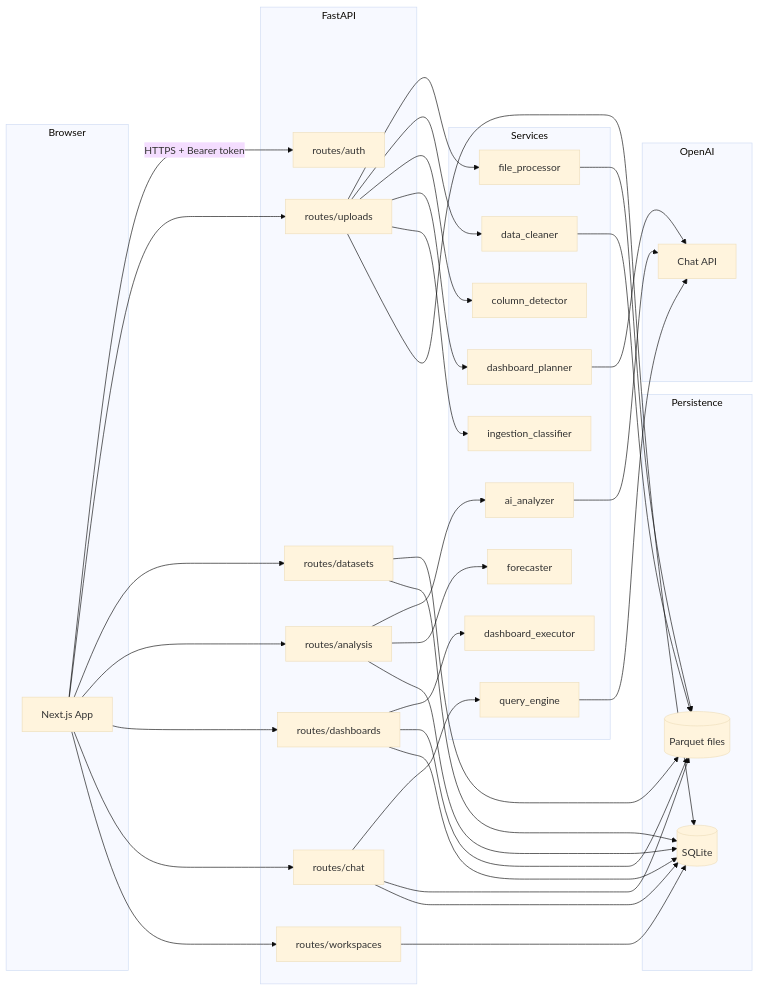
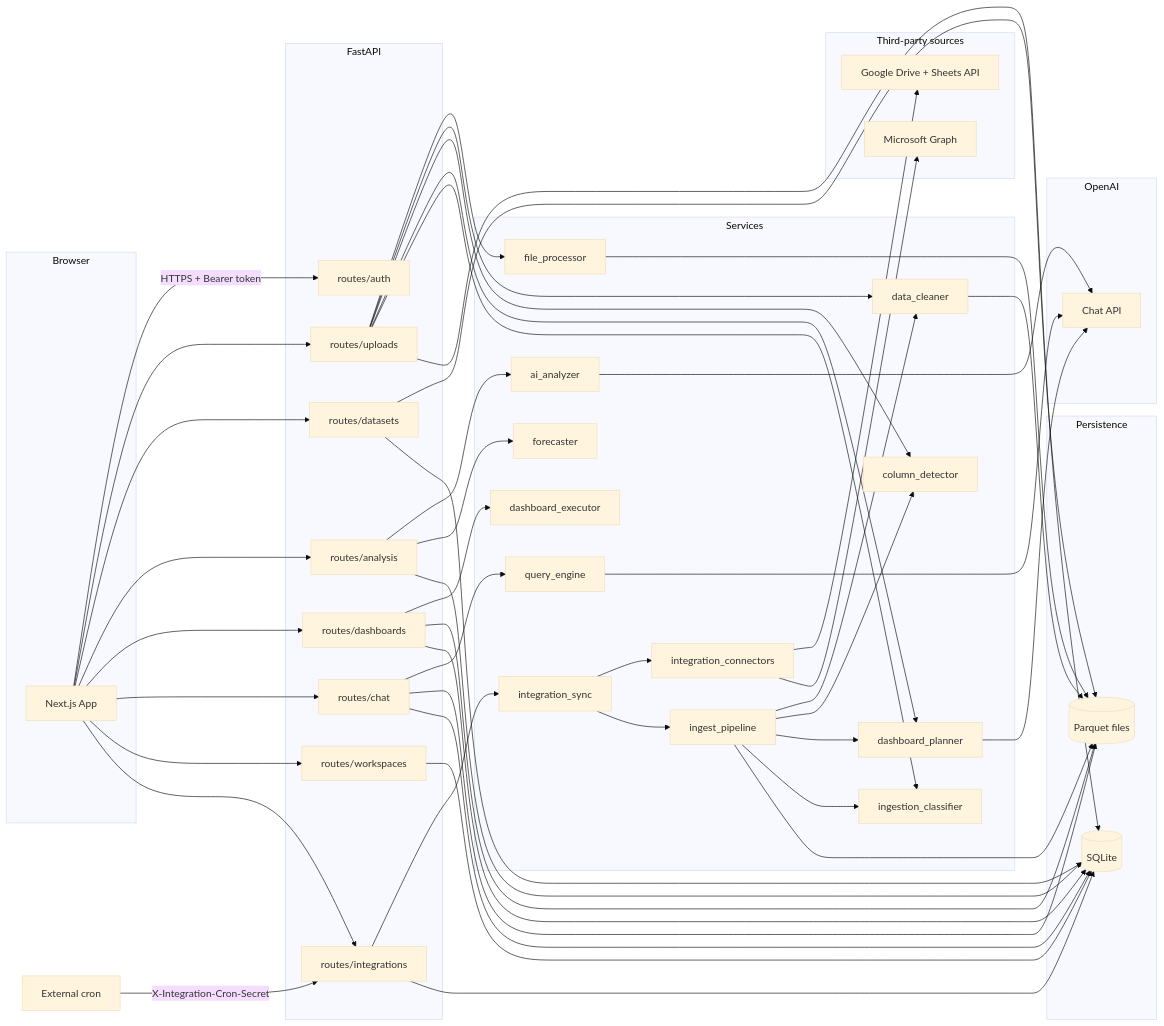
The diagram in docs/ARCHITECTURE.md (akshayBhardwaj23/urban-tribble), drawn with Mermaid (base theme) before and after one commit. The commit also changed other lines of this file and 1 other file, not shown here.

First line of the commit message:
Enhance README and architecture documentation for live data integrations

````diff
--- a/docs/ARCHITECTURE.md
+++ b/docs/ARCHITECTURE.md
@@ -30,46 +31,59 @@
 ```mermaid
 flowchart LR
   subgraph client [Browser]
     Next[Next.js App]
   end
   subgraph api [FastAPI]
     RU[routes/uploads]
     RD[routes/datasets]
     RA[routes/analysis]
     RDb[routes/dashboards]
     RC[routes/chat]
     RW[routes/workspaces]
     RAuth[routes/auth]
+    RI[routes/integrations]
   end
   subgraph services [Services]
     FP[file_processor]
     DC[data_cleaner]
     CD[column_detector]
     DP[dashboard_planner]
     IC[ingestion_classifier]
     AA[ai_analyzer]
     QE[query_engine]
     FC[forecaster]
     DE[dashboard_executor]
+    IP[ingest_pipeline]
+    IS[integration_sync]
+    ICon[integration_connectors]
   end
   subgraph persist [Persistence]
     SQL[(SQLite)]
     FS[(Parquet files)]
   end
   subgraph ai [OpenAI]
     GPT[Chat API]
   end
+  subgraph providers [Third-party sources]
+    GD[Google Drive + Sheets API]
+    MG[Microsoft Graph]
+  end
 
   Next -->|HTTPS + Bearer token| RAuth
-  Next --> RU & RD & RA & RDb & RC & RW
+  Next --> RU & RD & RA & RDb & RC & RW & RI
+  Cron[External cron] -->|X-Integration-Cron-Secret| RI
   RU --> FP & DC & CD & DP & IC
   RD --> FS
   RA --> AA & FC
   RDb --> DE & FS
   RC --> QE & FS
+  RI --> IS
+  IS --> ICon & IP
+  IP --> DC & CD & DP & IC
+  ICon --> GD & MG
   AA --> GPT
   QE --> GPT
   DP --> GPT
-  RU & RD & RA & RDb & RC & RW --> SQL
-  FP & DC --> FS
+  RU & RD & RA & RDb & RC & RW & RI --> SQL
+  FP & DC & IP --> FS
 ```
````
